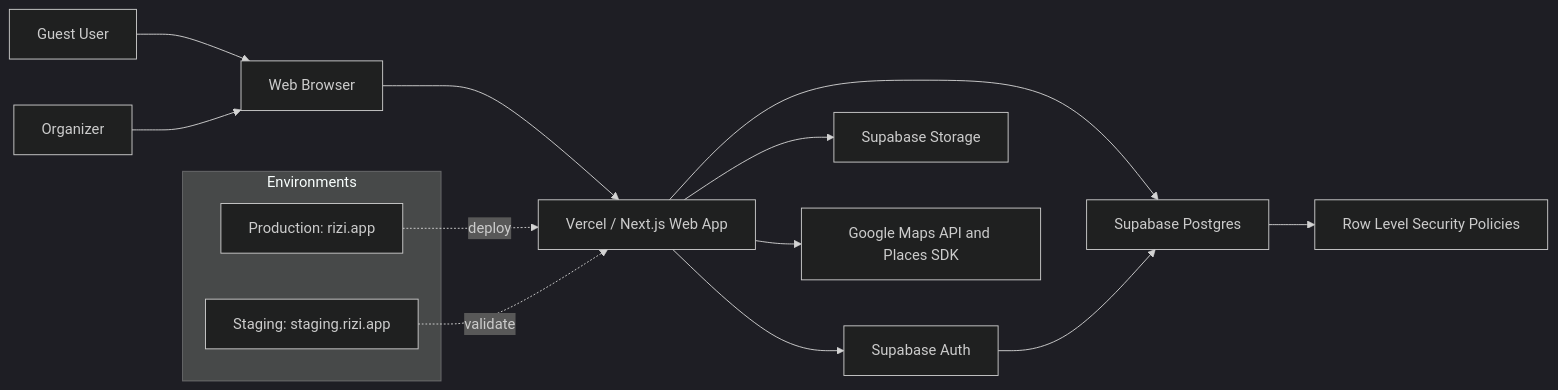
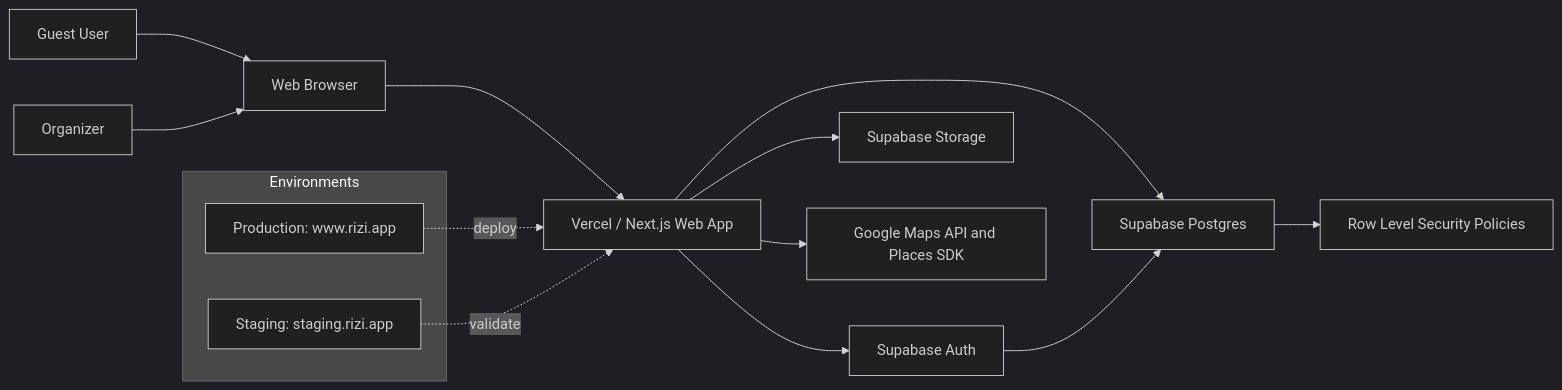
Before and after one commit to TariqRash/RiziEvents: the first of 7 diagrams in docs/diagrams.md, drawn with Mermaid (dark theme). The commit also changed 8 other files, not shown here.

Commit message:
Polish submission docs and embed diagram images in DOCX

````diff
--- a/docs/diagrams.md
+++ b/docs/diagrams.md
@@ -22,22 +22,22 @@
 ```mermaid
 flowchart LR
     Guest["Guest User"] --> Browser["Web Browser"]
     Organizer["Organizer"] --> Browser
 
     Browser --> Vercel["Vercel / Next.js Web App"]
     Vercel --> Auth["Supabase Auth"]
     Vercel --> DB["Supabase Postgres"]
     Vercel --> Storage["Supabase Storage"]
     Vercel --> Maps["Google Maps API and Places SDK"]
 
     Auth --> DB
     DB --> RLS["Row Level Security Policies"]
 
     subgraph Environments
-      Prod["Production: rizi.app"]
+      Prod["Production: www.rizi.app"]
       Stage["Staging: staging.rizi.app"]
     end
 
     Prod -. deploy .-> Vercel
     Stage -. validate .-> Vercel
 ```
````
